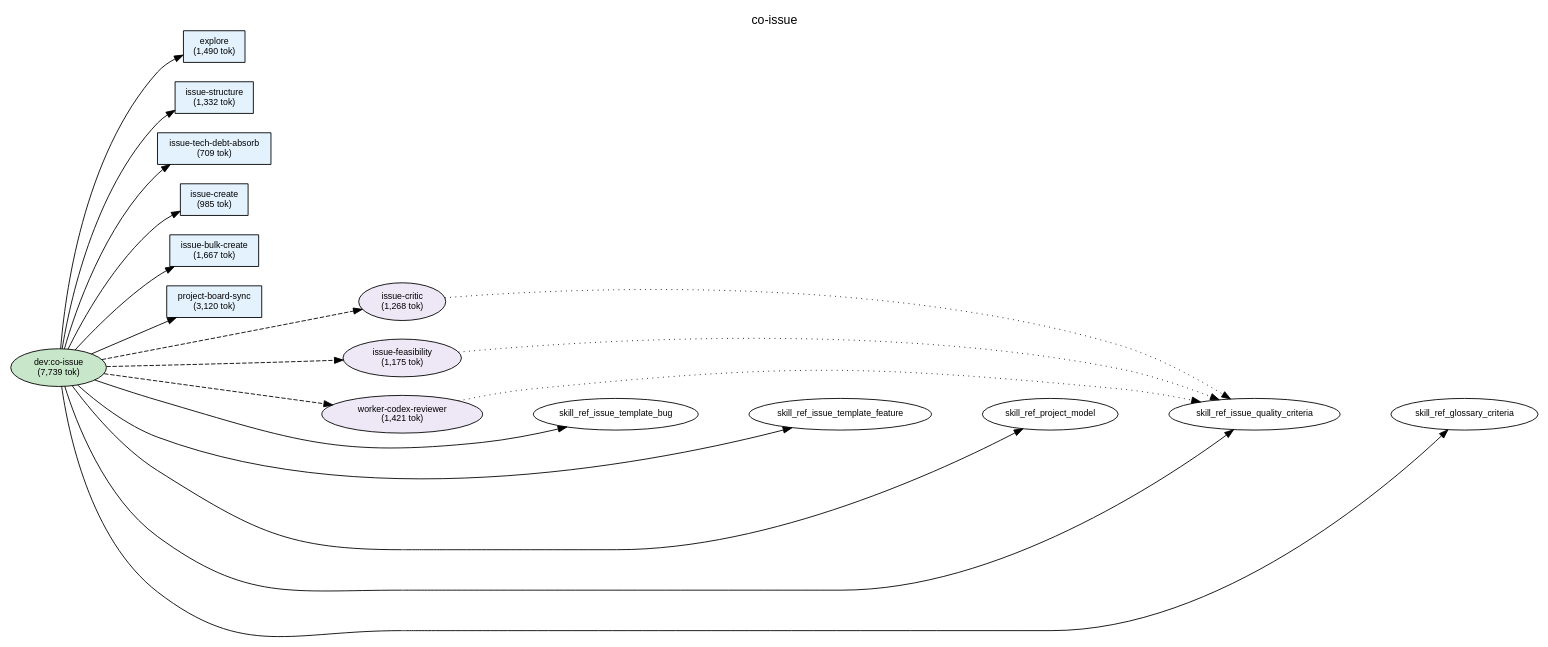
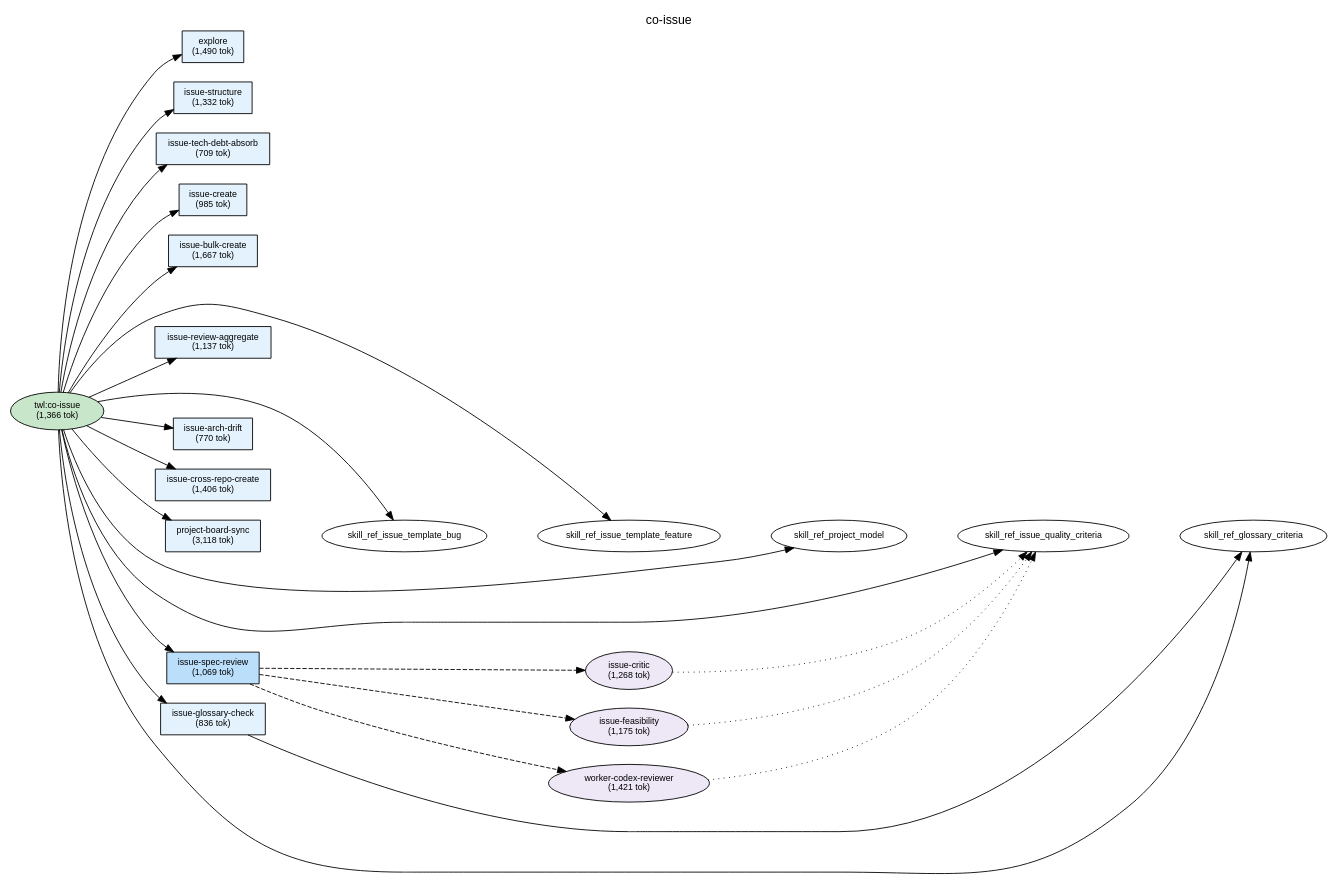
Before and after one commit to shuu5/twill: the diagram in plugins/twl/docs/deps-co-issue.dot, drawn with Graphviz. The commit also changed 19 other files, not shown here.

Commit message:
docs(twl): deps SVG/dot 再生成（co-issue chain分割反映）

```diff
--- a/plugins/twl/docs/deps-co-issue.dot
+++ b/plugins/twl/docs/deps-co-issue.dot
@@ -1,80 +1,95 @@
 digraph Dependencies {
     // Graph settings
     rankdir=LR;
     ranksep=0.8;
     nodesep=0.3;
     fontname="Helvetica";
     node [fontname="Helvetica", fontsize=10];
     edge [fontname="Helvetica", fontsize=9];
     label="co-issue";
     labelloc=t;
     fontsize=14;
 
     // L0: Controller Skills
-    skill_co_issue [label="dev:co-issue\n(7,739 tok)", shape=ellipse, style=filled, fillcolor="#c8e6c9"];
+    skill_co_issue [label="twl:co-issue\n(1,366 tok)", shape=ellipse, style=filled, fillcolor="#c8e6c9"];
 
     // L0: Launchers
 
     // L0.5: Workflow Skills
 
     // Reference Skills
 
     // L1: Direct Commands
     cmd_issue_structure [label="issue-structure\n(1,332 tok)", shape=box, style=filled, fillcolor="#e3f2fd"];
     cmd_issue_create [label="issue-create\n(985 tok)", shape=box, style=filled, fillcolor="#e3f2fd"];
     cmd_issue_bulk_create [label="issue-bulk-create\n(1,667 tok)", shape=box, style=filled, fillcolor="#e3f2fd"];
     cmd_issue_tech_debt_absorb [label="issue-tech-debt-absorb\n(709 tok)", shape=box, style=filled, fillcolor="#e3f2fd"];
-    cmd_project_board_sync [label="project-board-sync\n(3,120 tok)", shape=box, style=filled, fillcolor="#e3f2fd"];
+    cmd_issue_spec_review [label="issue-spec-review\n(1,069 tok)", shape=box, style=filled, fillcolor="#bbdefb"];
+    cmd_issue_review_aggregate [label="issue-review-aggregate\n(1,137 tok)", shape=box, style=filled, fillcolor="#e3f2fd"];
+    cmd_issue_glossary_check [label="issue-glossary-check\n(836 tok)", shape=box, style=filled, fillcolor="#e3f2fd"];
+    cmd_issue_arch_drift [label="issue-arch-drift\n(770 tok)", shape=box, style=filled, fillcolor="#e3f2fd"];
+    cmd_issue_cross_repo_create [label="issue-cross-repo-create\n(1,406 tok)", shape=box, style=filled, fillcolor="#e3f2fd"];
+    cmd_project_board_sync [label="project-board-sync\n(3,118 tok)", shape=box, style=filled, fillcolor="#e3f2fd"];
     cmd_explore [label="explore\n(1,490 tok)", shape=box, style=filled, fillcolor="#e3f2fd"];
 
     // L2: Sub Commands
 
     // L3: Agents
     agent_issue_critic [label="issue-critic\n(1,268 tok)", shape=ellipse, style=filled, fillcolor="#ede7f6"];
     agent_issue_feasibility [label="issue-feasibility\n(1,175 tok)", shape=ellipse, style=filled, fillcolor="#ede7f6"];
     agent_worker_codex_reviewer [label="worker-codex-reviewer\n(1,421 tok)", shape=ellipse, style=filled, fillcolor="#ede7f6"];
 
     // L3.5: Scripts
 
     // L4: External
 
     // Layer constraints
     { rank=same; skill_co_issue; }
-    { rank=same; cmd_issue_structure; cmd_issue_create; cmd_issue_bulk_create; cmd_issue_tech_debt_absorb; cmd_project_board_sync; cmd_explore; }
+    { rank=same; cmd_issue_structure; cmd_issue_create; cmd_issue_bulk_create; cmd_issue_tech_debt_absorb; cmd_issue_spec_review; cmd_issue_review_aggregate; cmd_issue_glossary_check; cmd_issue_arch_drift; cmd_issue_cross_repo_create; cmd_project_board_sync; cmd_explore; }
     { rank=same; agent_issue_critic; agent_issue_feasibility; agent_worker_codex_reviewer; }
 
     // Edges
     skill_co_issue -> cmd_explore;
     skill_co_issue -> cmd_issue_structure;
     skill_co_issue -> cmd_issue_tech_debt_absorb;
     skill_co_issue -> cmd_issue_create;
     skill_co_issue -> cmd_issue_bulk_create;
+    skill_co_issue -> cmd_issue_spec_review;
+    skill_co_issue -> cmd_issue_review_aggregate;
+    skill_co_issue -> cmd_issue_glossary_check;
+    skill_co_issue -> cmd_issue_arch_drift;
+    skill_co_issue -> cmd_issue_cross_repo_create;
     skill_co_issue -> cmd_project_board_sync;
-    skill_co_issue -> agent_issue_critic [style=dashed];
-    skill_co_issue -> agent_issue_feasibility [style=dashed];
-    skill_co_issue -> agent_worker_codex_reviewer [style=dashed];
     skill_co_issue -> skill_ref_issue_template_bug;
     skill_co_issue -> skill_ref_issue_template_feature;
     skill_co_issue -> skill_ref_project_model;
     skill_co_issue -> skill_ref_issue_quality_criteria;
     skill_co_issue -> skill_ref_glossary_criteria;
+    cmd_issue_spec_review -> agent_issue_critic [style=dashed];
+    cmd_issue_spec_review -> agent_issue_feasibility [style=dashed];
+    cmd_issue_spec_review -> agent_worker_codex_reviewer [style=dashed];
+    cmd_issue_glossary_check -> skill_ref_glossary_criteria;
     agent_issue_critic -> skill_ref_issue_quality_criteria [style=dotted];
     agent_issue_feasibility -> skill_ref_issue_quality_criteria [style=dotted];
     agent_worker_codex_reviewer -> skill_ref_issue_quality_criteria [style=dotted];
 
     // Ordering constraints (invisible edges)
     cmd_explore -> cmd_issue_structure [style=invis, weight=10];
     cmd_issue_structure -> cmd_issue_tech_debt_absorb [style=invis, weight=10];
     cmd_issue_tech_debt_absorb -> cmd_issue_create [style=invis, weight=10];
     cmd_issue_create -> cmd_issue_bulk_create [style=invis, weight=10];
-    cmd_issue_bulk_create -> cmd_project_board_sync [style=invis, weight=10];
-    cmd_project_board_sync -> agent_issue_critic [style=invis, weight=10];
-    agent_issue_critic -> agent_issue_feasibility [style=invis, weight=10];
-    agent_issue_feasibility -> agent_worker_codex_reviewer [style=invis, weight=10];
-    agent_worker_codex_reviewer -> skill_ref_issue_template_bug [style=invis, weight=10];
+    cmd_issue_bulk_create -> cmd_issue_spec_review [style=invis, weight=10];
+    cmd_issue_spec_review -> cmd_issue_review_aggregate [style=invis, weight=10];
+    cmd_issue_review_aggregate -> cmd_issue_glossary_check [style=invis, weight=10];
+    cmd_issue_glossary_check -> cmd_issue_arch_drift [style=invis, weight=10];
+    cmd_issue_arch_drift -> cmd_issue_cross_repo_create [style=invis, weight=10];
+    cmd_issue_cross_repo_create -> cmd_project_board_sync [style=invis, weight=10];
+    cmd_project_board_sync -> skill_ref_issue_template_bug [style=invis, weight=10];
     skill_ref_issue_template_bug -> skill_ref_issue_template_feature [style=invis, weight=10];
     skill_ref_issue_template_feature -> skill_ref_project_model [style=invis, weight=10];
     skill_ref_project_model -> skill_ref_issue_quality_criteria [style=invis, weight=10];
     skill_ref_issue_quality_criteria -> skill_ref_glossary_criteria [style=invis, weight=10];
+    agent_issue_critic -> agent_issue_feasibility [style=invis, weight=10];
+    agent_issue_feasibility -> agent_worker_codex_reviewer [style=invis, weight=10];
 
 }
```
